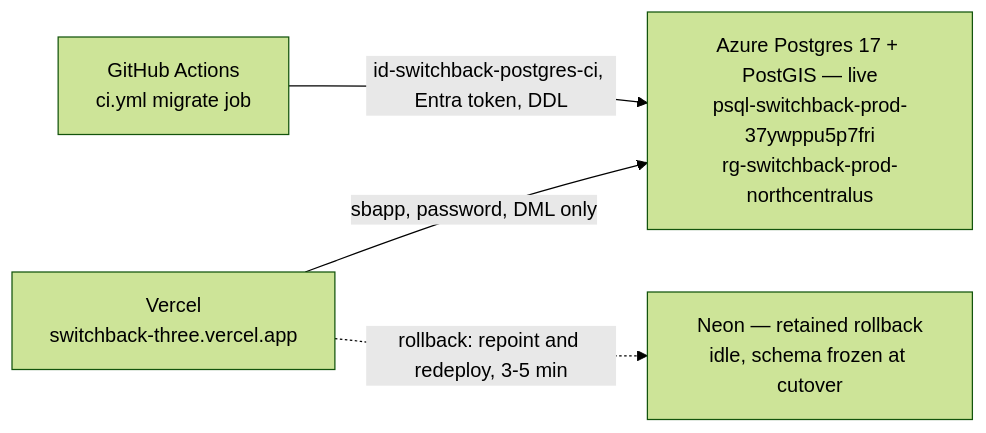
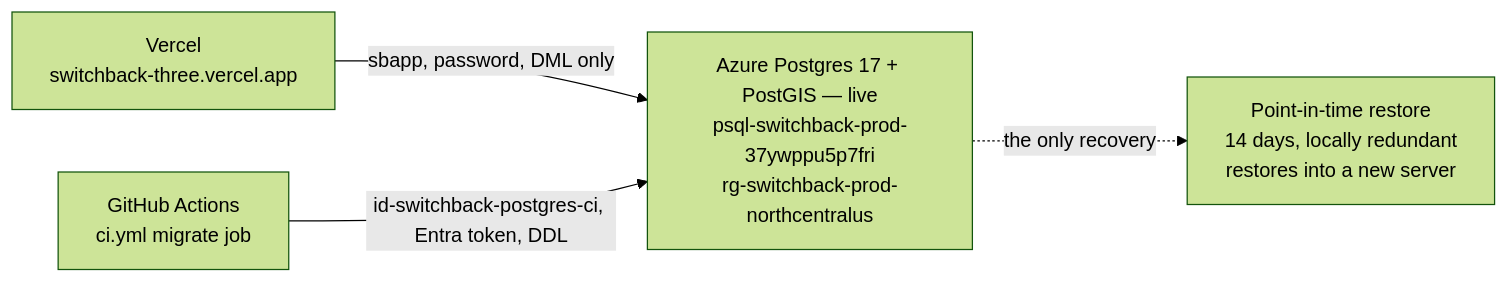
One commit to mbahgatTech/switchback changed the diagram in infra/azure/README.md. Above: the diagram before and after it, drawn with Mermaid (forest theme). The commit also changed other lines of this file and 8 other files, not shown here.

First line of the commit message:
Replace the Neon rollback with the recovery that exists

````diff
--- a/infra/azure/README.md
+++ b/infra/azure/README.md
@@ -10,11 +10,11 @@
 ```mermaid
 flowchart LR
   V["Vercel<br/>switchback-three.vercel.app"]
   CI["GitHub Actions<br/>ci.yml migrate job"]
   A["Azure Postgres 17 + PostGIS — live<br/>psql-switchback-prod-37ywppu5p7fri<br/>rg-switchback-prod-northcentralus"]
-  N["Neon — retained rollback<br/>idle, schema frozen at cutover"]
+  P["Point-in-time restore<br/>14 days, locally redundant<br/>restores into a new server"]
 
   V -->|"sbapp, password, DML only"| A
   CI -->|"id-switchback-postgres-ci, Entra token, DDL"| A
-  V -.->|"rollback: repoint and redeploy, 3-5 min"| N
+  A -.->|"the only recovery"| P
 ```
````
